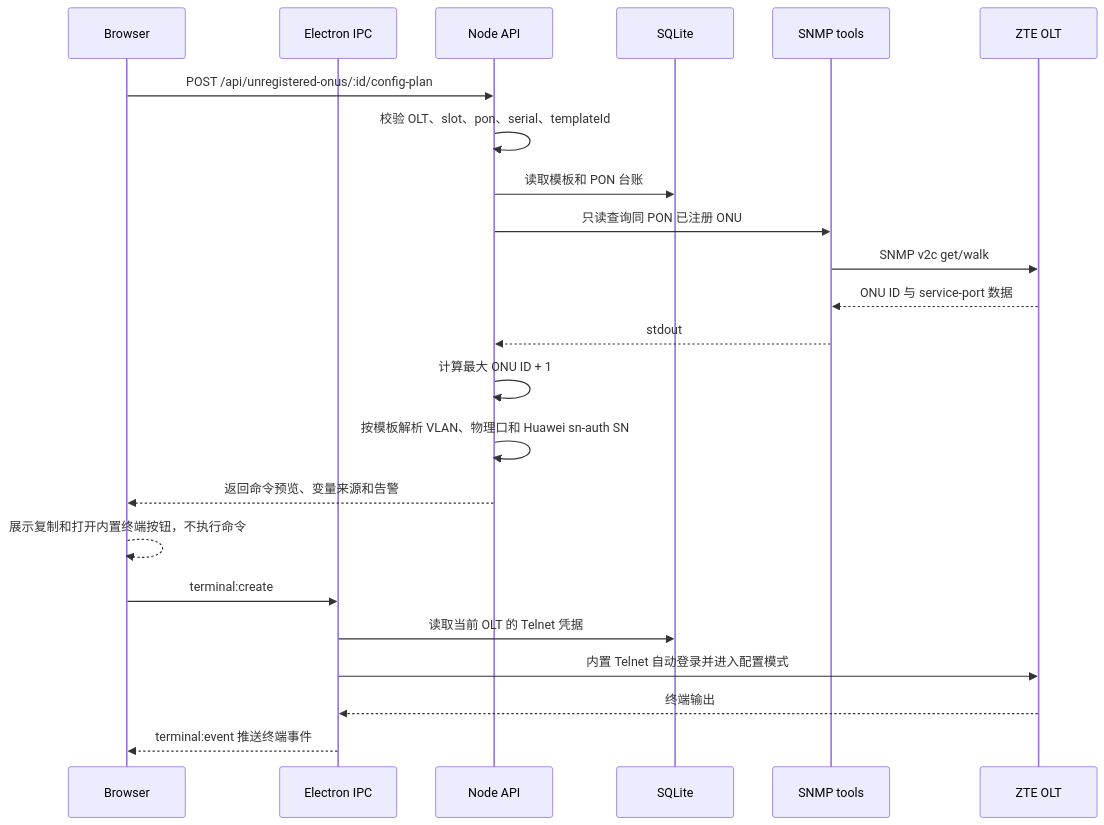
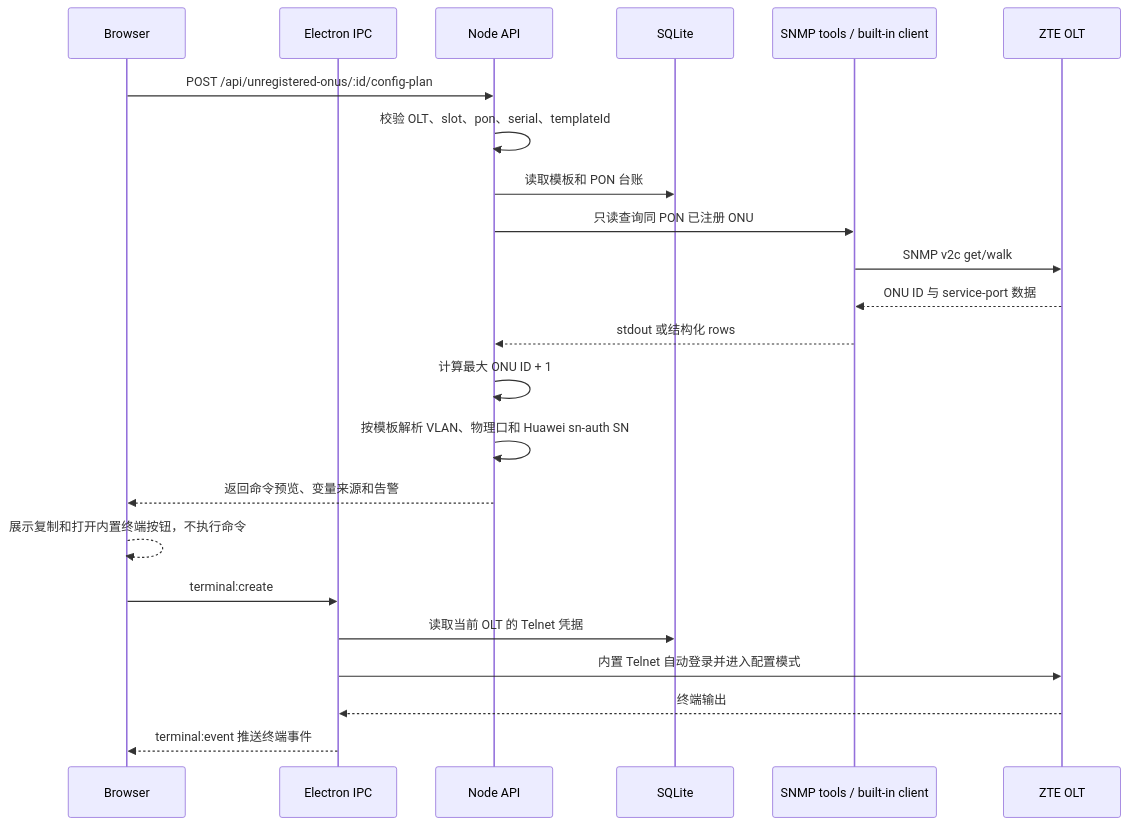
Before and after one commit to landvd/OLT-Manager: the fifth of 7 diagrams in docs/design/sequence.md, drawn with Mermaid. The commit also changed other lines of this file and 12 other files, not shown here.

Commit message:
fix: add built-in snmp fallback for win7

````diff
--- a/docs/design/sequence.md
+++ b/docs/design/sequence.md
@@ -92,26 +92,26 @@
 ```mermaid
 sequenceDiagram
   participant Browser as Browser
   participant Electron as Electron IPC
   participant API as Node API
   participant DB as SQLite
-  participant SNMP as SNMP tools
+  participant SNMP as SNMP tools / built-in client
   participant OLT as ZTE OLT
 
   Browser->>API: POST /api/unregistered-onus/:id/config-plan
   API->>API: 校验 OLT、slot、pon、serial、templateId
   API->>DB: 读取模板和 PON 台账
   API->>SNMP: 只读查询同 PON 已注册 ONU
   SNMP->>OLT: SNMP v2c get/walk
   OLT-->>SNMP: ONU ID 与 service-port 数据
-  SNMP-->>API: stdout
+  SNMP-->>API: stdout 或结构化 rows
   API->>API: 计算最大 ONU ID + 1
   API->>API: 按模板解析 VLAN、物理口和 Huawei sn-auth SN
   API-->>Browser: 返回命令预览、变量来源和告警
   Browser-->>Browser: 展示复制和打开内置终端按钮，不执行命令
   Browser->>Electron: terminal:create
   Electron->>DB: 读取当前 OLT 的 Telnet 凭据
   Electron->>OLT: 内置 Telnet 自动登录并进入配置模式
   OLT-->>Electron: 终端输出
   Electron-->>Browser: terminal:event 推送终端事件
 ```
````
